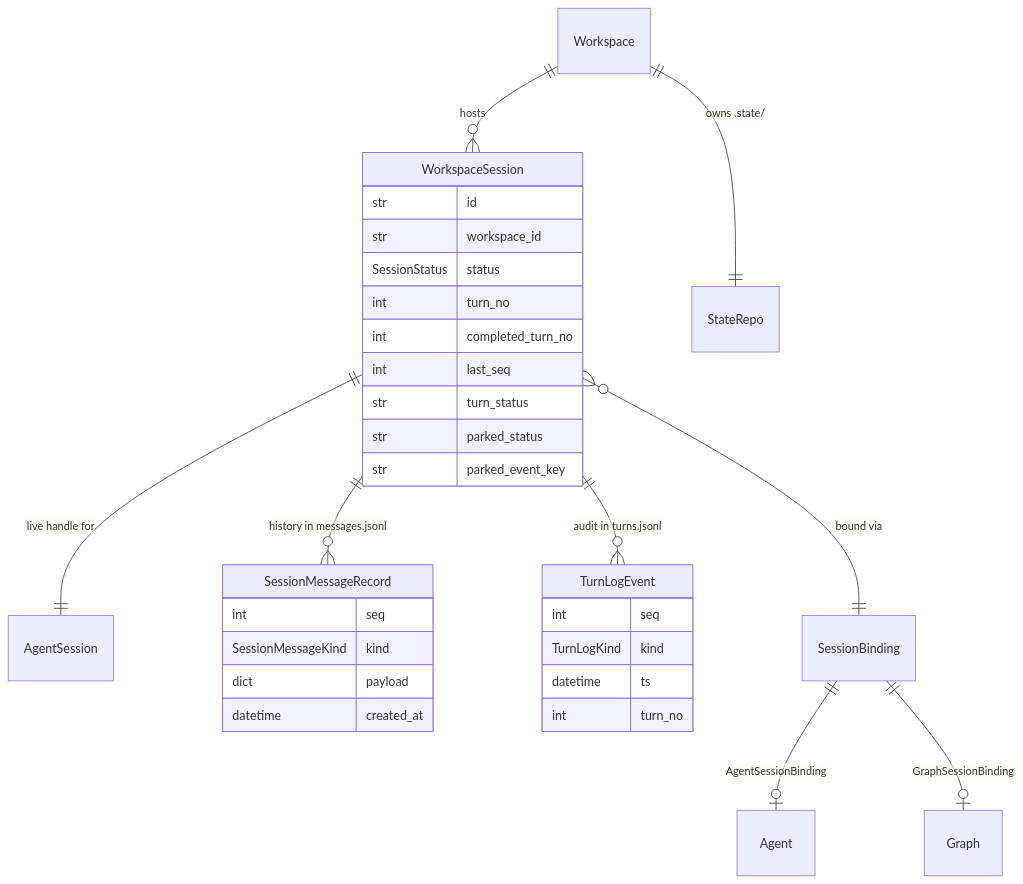
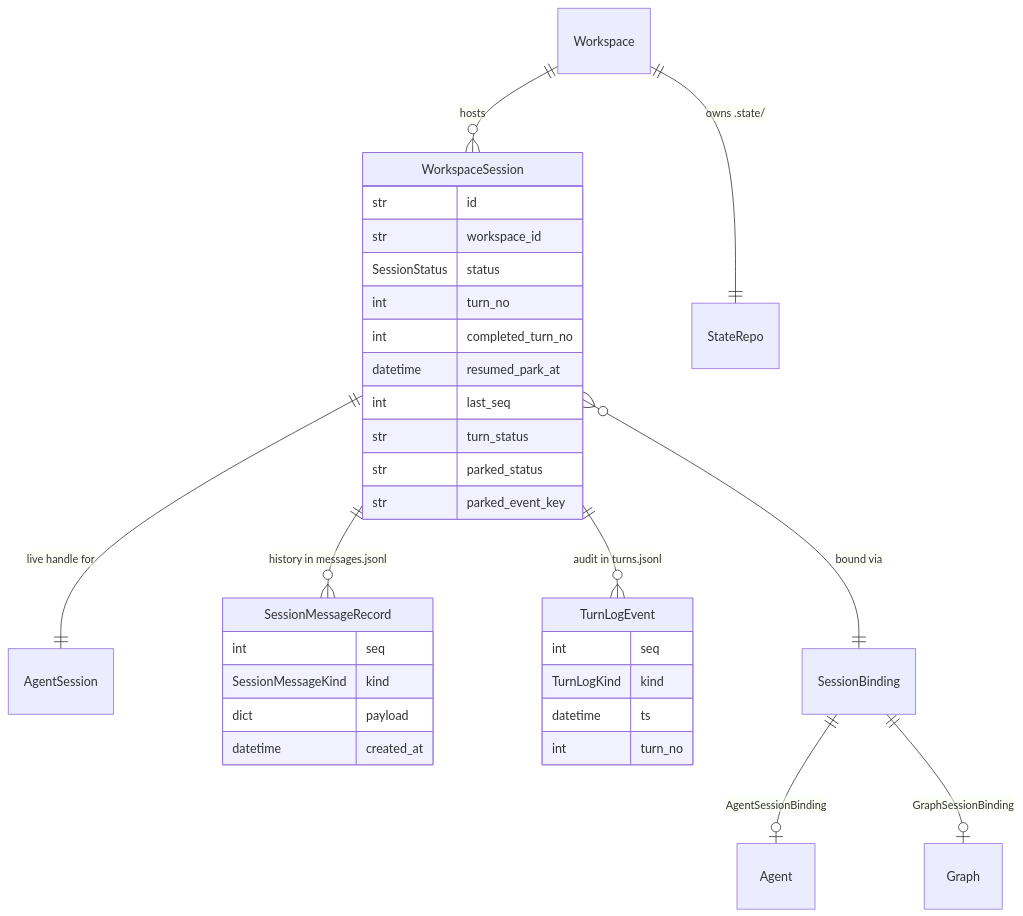
The first of 3 diagrams in docs/dev/subsystems/sessions.md (primerhq/primer), drawn with Mermaid before and after one commit. The commit also changed other lines of this file and 3 other files, not shown here.

First line of the commit message:
docs(worker,session): a resumed park whose release never committed is not resumed again (resumed_park_at)

````diff
--- a/docs/dev/subsystems/sessions.md
+++ b/docs/dev/subsystems/sessions.md
@@ -162,35 +162,36 @@
 ```mermaid
 erDiagram
     WorkspaceSession ||--|| AgentSession : "live handle for"
     WorkspaceSession ||--o{ SessionMessageRecord : "history in messages.jsonl"
     WorkspaceSession ||--o{ TurnLogEvent : "audit in turns.jsonl"
     Workspace ||--o{ WorkspaceSession : "hosts"
     Workspace ||--|| StateRepo : "owns .state/"
     WorkspaceSession }o--|| SessionBinding : "bound via"
     SessionBinding ||--o| Agent : "AgentSessionBinding"
     SessionBinding ||--o| Graph : "GraphSessionBinding"
 
     WorkspaceSession {
         str id
         str workspace_id
         SessionStatus status
         int turn_no
         int completed_turn_no
+        datetime resumed_park_at
         int last_seq
         str turn_status
         str parked_status
         str parked_event_key
     }
     SessionMessageRecord {
         int seq
         SessionMessageKind kind
         dict payload
         datetime created_at
     }
     TurnLogEvent {
         int seq
         TurnLogKind kind
         datetime ts
         int turn_no
     }
 ```
````
